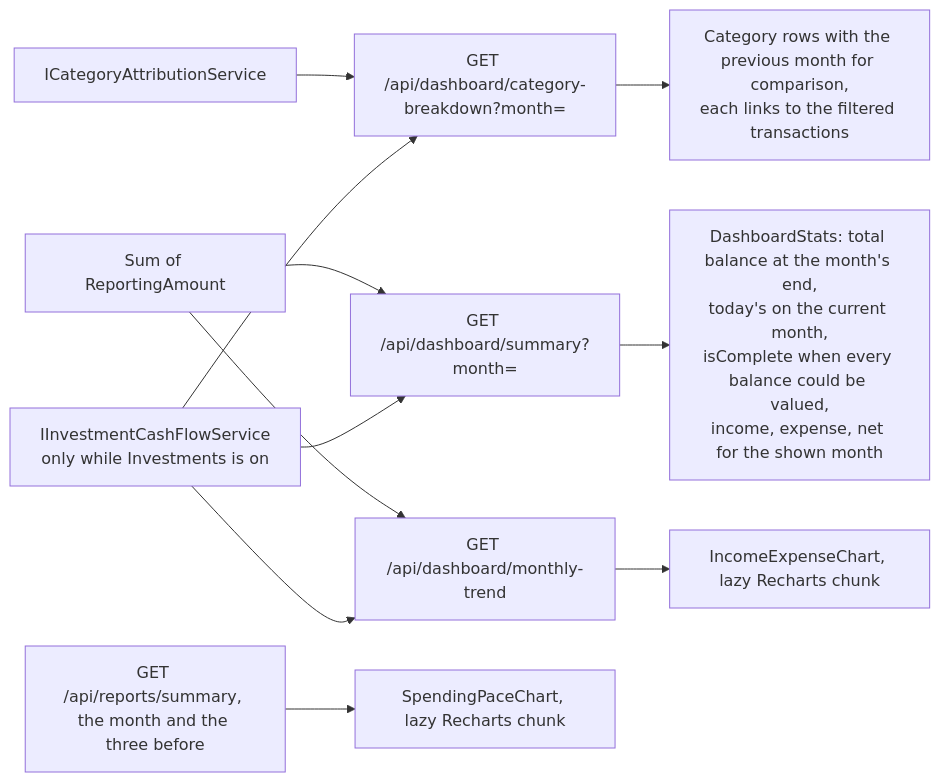
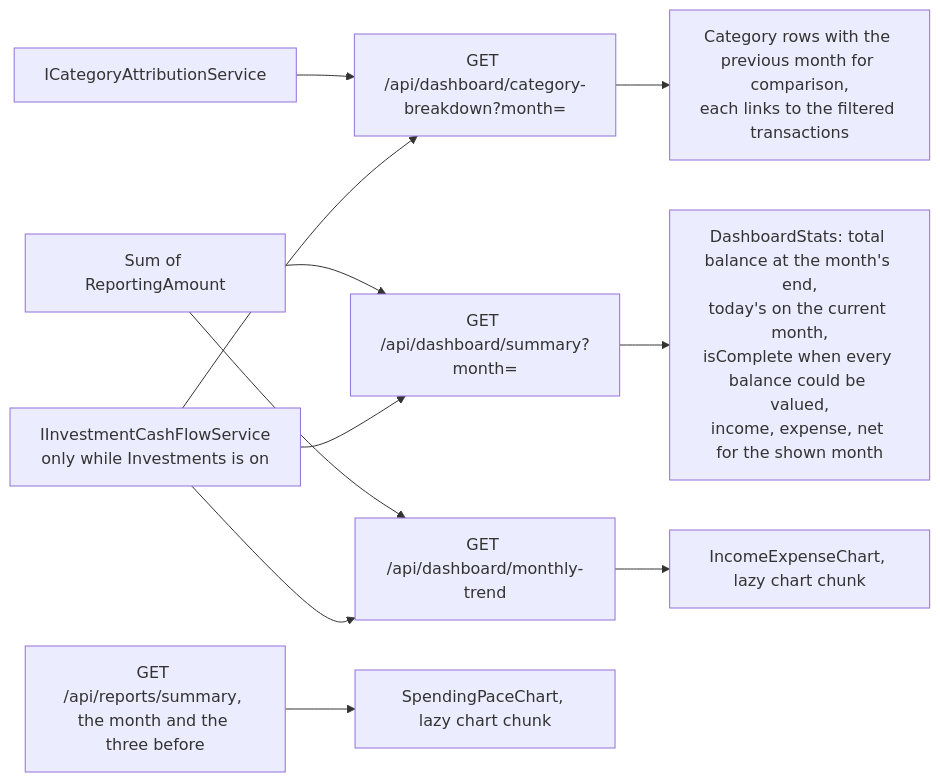
One commit to Justxs/Jx-Finance changed the first of 3 diagrams in docs/features/dashboard.md. Above: the diagram before and after it, drawn with Mermaid. The commit also changed 20 other files, not shown here.

First line of the commit message:
refactor(charts): draw charts with TanStack Charts

````diff
--- a/docs/features/dashboard.md
+++ b/docs/features/dashboard.md
@@ -7,13 +7,13 @@
 ```mermaid
 flowchart LR
     S["GET /api/dashboard/summary?month="] --> Stats["DashboardStats: total balance at the month's end,<br/>today's on the current month,<br/>isComplete when every balance could be valued,<br/>income, expense, net for the shown month"]
     C["GET /api/dashboard/category-breakdown?month="] --> Cats["Category rows with the previous month for comparison,<br/>each links to the filtered transactions"]
-    T["GET /api/dashboard/monthly-trend"] --> Chart["IncomeExpenseChart, lazy Recharts chunk"]
-    R["GET /api/reports/summary, the month and the three before"] --> Pace["SpendingPaceChart, lazy Recharts chunk"]
+    T["GET /api/dashboard/monthly-trend"] --> Chart["IncomeExpenseChart, lazy chart chunk"]
+    R["GET /api/reports/summary, the month and the three before"] --> Pace["SpendingPaceChart, lazy chart chunk"]
     Attr["ICategoryAttributionService"] --> C
     RA["Sum of ReportingAmount"] --> S
     RA --> T
     Inv["IInvestmentCashFlowService<br/>only while Investments is on"] --> S
     Inv --> T
     Inv --> C
 ```
````
